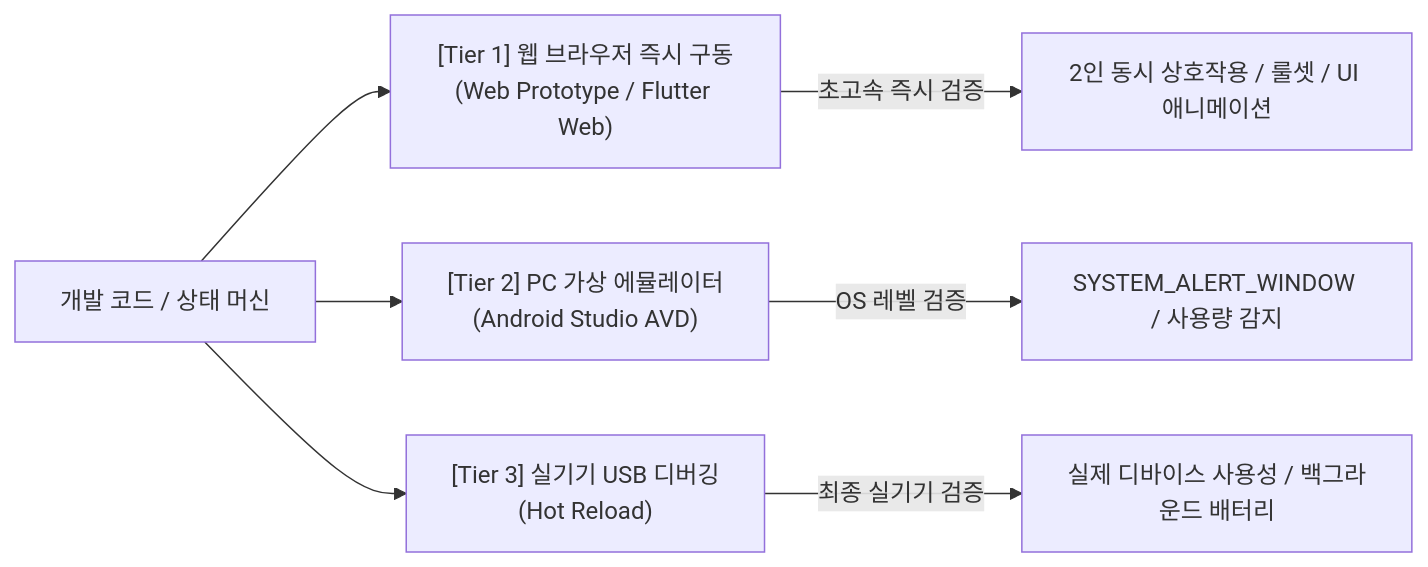
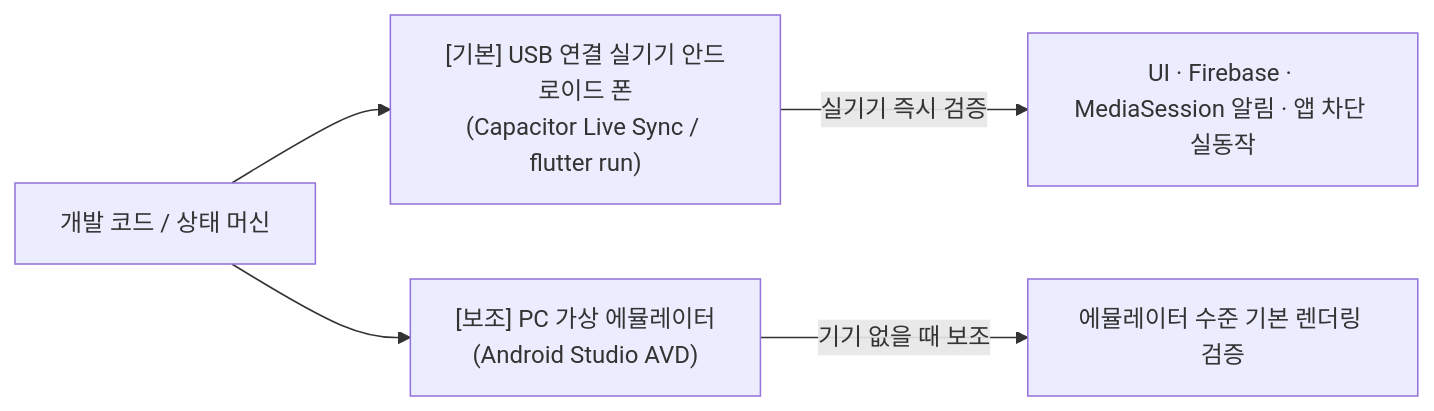
The second of 2 diagrams in docs/specs/architecture.md (Sqoff/for-my-kids), drawn with Mermaid before and after one commit. The commit also changed other lines of this file and 9 other files, not shown here.

First line of the commit message:
docs: record UI polish decisions (ADR 26-32), defer real integrations, fix roadmap

````diff
--- a/docs/specs/architecture.md
+++ b/docs/specs/architecture.md
@@ -106,10 +118,8 @@
 ```mermaid
 flowchart LR
-    DevCode[개발 코드 / 상태 머신] --> WebTest["[Tier 1] 웹 브라우저 즉시 구동<br/>(Web Prototype / Flutter Web)"]
-    DevCode --> AVDTest["[Tier 2] PC 가상 에뮬레이터<br/>(Android Studio AVD)"]
-    DevCode --> DeviceTest["[Tier 3] 실기기 USB 디버깅<br/>(Hot Reload)"]
+    DevCode[개발 코드 / 상태 머신] --> DeviceTest["[기본] USB 연결 실기기 안드로이드 폰<br/>(Capacitor Live Sync / flutter run)"]
+    DevCode --> AVDTest["[보조] PC 가상 에뮬레이터<br/>(Android Studio AVD)"]
 
-    WebTest -->|초고속 즉시 검증| V1[2인 동시 상호작용 / 룰셋 / UI 애니메이션]
-    AVDTest -->|OS 레벨 검증| V2[SYSTEM_ALERT_WINDOW / 사용량 감지]
-    DeviceTest -->|최종 실기기 검증| V3[실제 디바이스 사용성 / 백그라운드 배터리]
+    DeviceTest -->|실기기 즉시 검증| V1[UI · Firebase · MediaSession 알림 · 앱 차단 실동작]
+    AVDTest -->|기기 없을 때 보조| V2[에뮬레이터 수준 기본 렌더링 검증]
 ```
````
